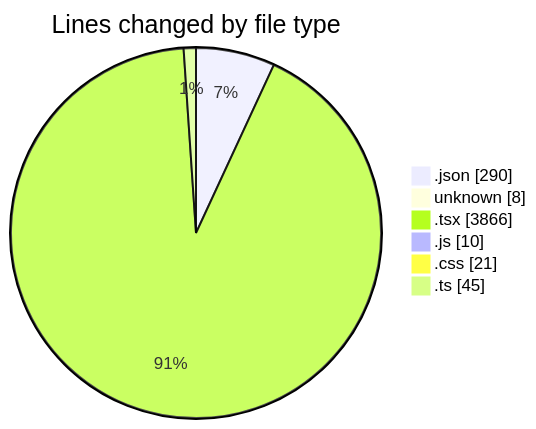
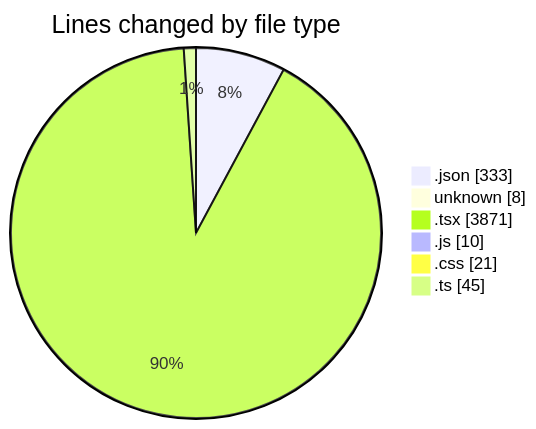
One commit to Elitesun/code-tracking changed the first of 2 diagrams in 2025-05-02/niten/README.md. Above: the diagram before and after it, drawn with Mermaid. The commit also changed other lines of this file and 1 other file, not shown here.

````diff
--- a/2025-05-02/niten/README.md
+++ b/2025-05-02/niten/README.md
@@ -51,10 +51,10 @@
 ```mermaid
 pie showData
 title Lines changed by file type
-".json" : 290
+".json" : 333
 "unknown" : 8
-".tsx" : 3866
+".tsx" : 3871
 ".js" : 10
 ".css" : 21
 ".ts" : 45
 ```
````
